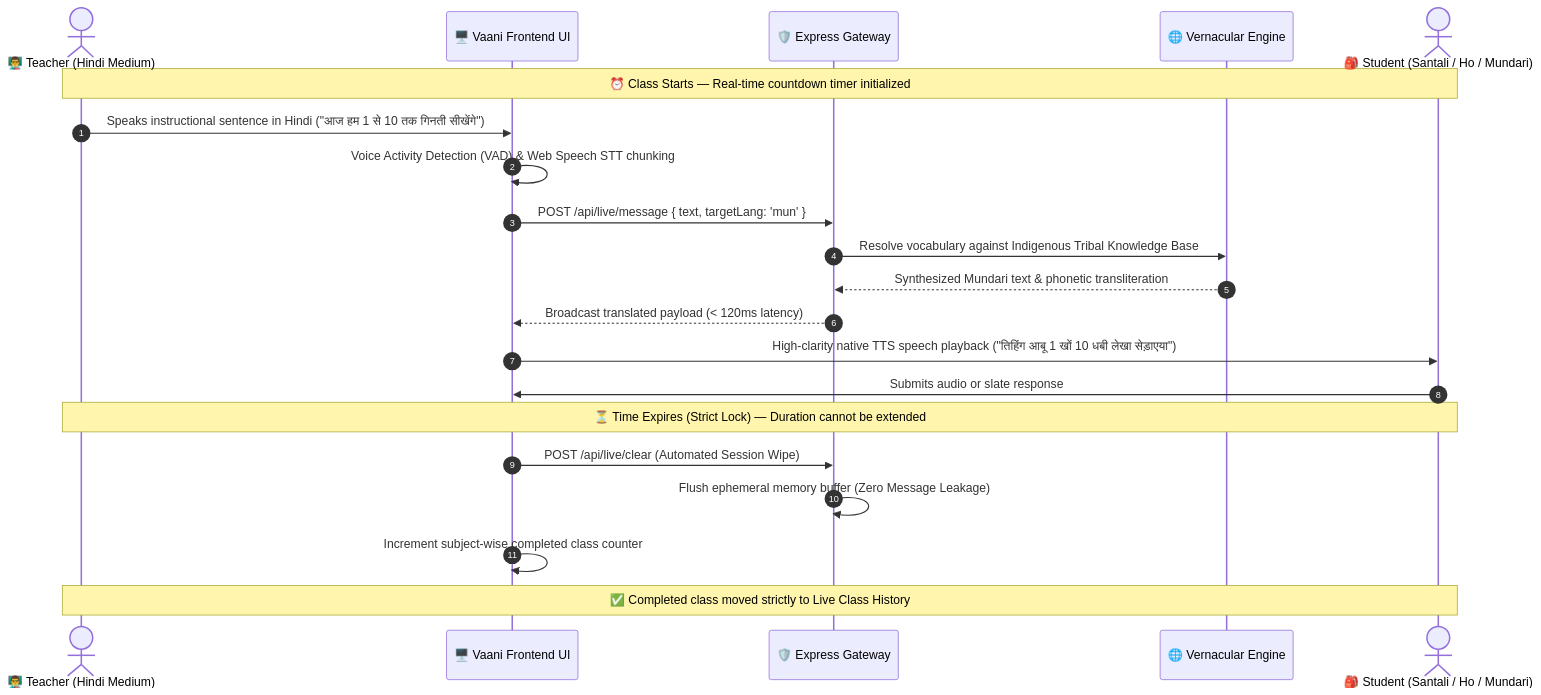
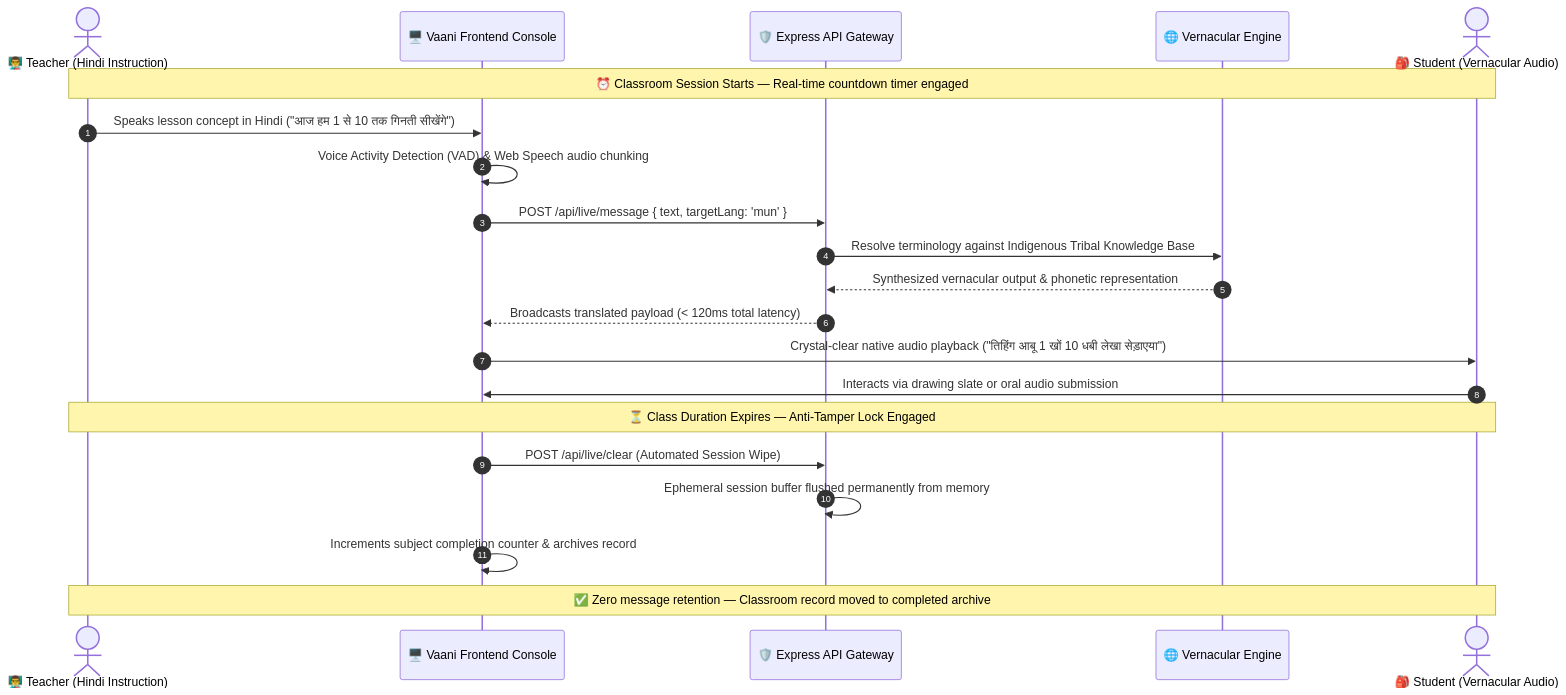
Before and after one commit to madhavisolanki-ui/Vaani: the third of 4 diagrams in README.md, drawn with Mermaid. The commit also changed other lines of this file, not shown here.

Commit message:
docs: rewrite README in professional English with comprehensive 'How It Works' architecture

````diff
--- a/README.md
+++ b/README.md
@@ -132,24 +168,24 @@
 ```mermaid
 sequenceDiagram
     autonumber
-    actor T as 👨‍🏫 Teacher (Hindi Medium)
-    participant UI as 🖥️ Vaani Frontend UI
-    participant API as 🛡️ Express Gateway
-    participant ENG as 🌐 Vernacular Engine
-    actor S as 🎒 Student (Santali / Ho / Mundari)
+    actor Teacher as 👨‍🏫 Teacher (Hindi Instruction)
+    participant UI as 🖥️ Vaani Frontend Console
+    participant Gateway as 🛡️ Express API Gateway
+    participant Engine as 🌐 Vernacular Engine
+    actor Student as 🎒 Student (Vernacular Audio)
 
-    Note over T,S: ⏰ Class Starts — Real-time countdown timer initialized
-    T->>UI: Speaks instructional sentence in Hindi ("आज हम 1 से 10 तक गिनती सीखेंगे")
-    UI->>UI: Voice Activity Detection (VAD) & Web Speech STT chunking
-    UI->>API: POST /api/live/message { text, targetLang: 'mun' }
-    API->>ENG: Resolve vocabulary against Indigenous Tribal Knowledge Base
-    ENG-->>API: Synthesized Mundari text & phonetic transliteration
-    API-->>UI: Broadcast translated payload (< 120ms latency)
-    UI->>S: High-clarity native TTS speech playback ("तिहिंग आबू 1 खों 10 धबी लेखा सेड़ाएया")
-    S->>UI: Submits audio or slate response
-    Note over T,S: ⏳ Time Expires (Strict Lock) — Duration cannot be extended
-    UI->>API: POST /api/live/clear (Automated Session Wipe)
-    API->>API: Flush ephemeral memory buffer (Zero Message Leakage)
-    UI->>UI: Increment subject-wise completed class counter
-    Note over T,S: ✅ Completed class moved strictly to Live Class History
+    Note over Teacher,Student: ⏰ Classroom Session Starts — Real-time countdown timer engaged
+    Teacher->>UI: Speaks lesson concept in Hindi ("आज हम 1 से 10 तक गिनती सीखेंगे")
+    UI->>UI: Voice Activity Detection (VAD) & Web Speech audio chunking
+    UI->>Gateway: POST /api/live/message { text, targetLang: 'mun' }
+    Gateway->>Engine: Resolve terminology against Indigenous Tribal Knowledge Base
+    Engine-->>Gateway: Synthesized vernacular output & phonetic representation
+    Gateway-->>UI: Broadcasts translated payload (< 120ms total latency)
+    UI->>Student: Crystal-clear native audio playback ("तिहिंग आबू 1 खों 10 धबी लेखा सेड़ाएया")
+    Student->>UI: Interacts via drawing slate or oral audio submission
+    Note over Teacher,Student: ⏳ Class Duration Expires — Anti-Tamper Lock Engaged
+    UI->>Gateway: POST /api/live/clear (Automated Session Wipe)
+    Gateway->>Gateway: Ephemeral session buffer flushed permanently from memory
+    UI->>UI: Increments subject completion counter & archives record
+    Note over Teacher,Student: ✅ Zero message retention — Classroom record moved to completed archive
 ```
````
